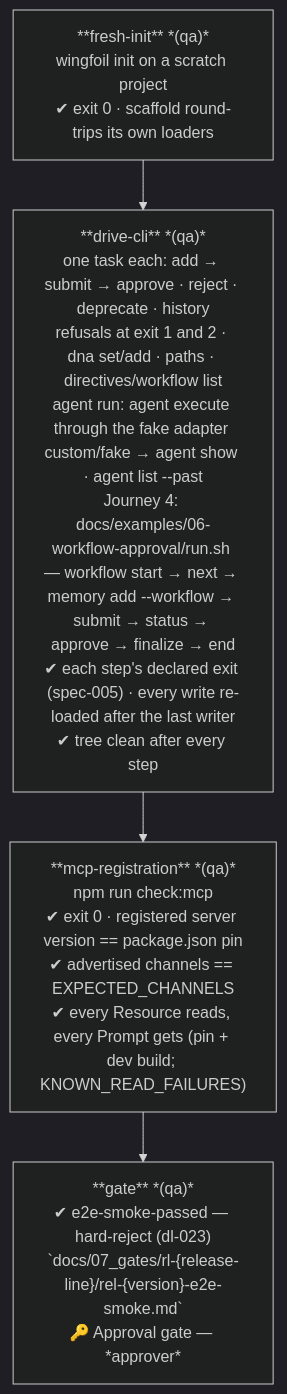
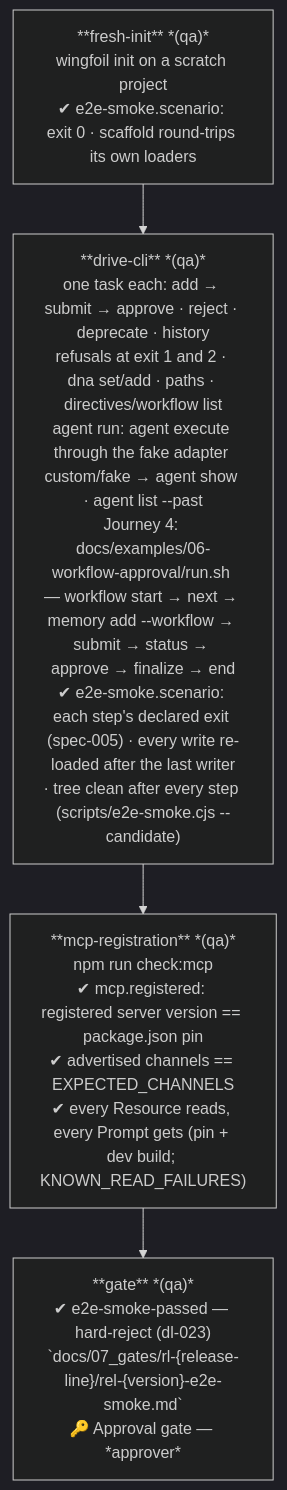
One commit to wingfoil/wingfoil changed diagram 14 of 29 in .wingfoil/WORKFLOW.md. Above: the diagram before and after it, drawn with Mermaid (dark theme). The commit also changed other lines of this file and 8 other files, not shown here.

First line of the commit message:
fix(workflow): task-358 — bind every workflow token of this repository (bug-469, bug-320, bug-435)

````diff
--- a/.wingfoil/WORKFLOW.md
+++ b/.wingfoil/WORKFLOW.md
@@ -413,9 +414,9 @@
 ```mermaid
 flowchart TD
-    FI["**fresh-init** *(qa)*\nwingfoil init on a scratch project\n✔ exit 0 · scaffold round-trips its own loaders"]
-    DC["**drive-cli** *(qa)*\none task each: add → submit → approve · reject · deprecate · history\nrefusals at exit 1 and 2 · dna set/add · paths · directives/workflow list\nagent run: agent execute through the fake adapter custom/fake → agent show · agent list --past\nJourney 4: docs/examples/06-workflow-approval/run.sh — workflow start → next → memory add --workflow → submit → status → approve → finalize → end\n✔ each step's declared exit (spec-005) · every write re-loaded after the last writer\n✔ tree clean after every step"]
-    MR["**mcp-registration** *(qa)*\nnpm run check:mcp\n✔ exit 0 · registered server version == package.json pin\n✔ advertised channels == EXPECTED_CHANNELS\n✔ every Resource reads, every Prompt gets (pin + dev build; KNOWN_READ_FAILURES)"]
+    FI["**fresh-init** *(qa)*\nwingfoil init on a scratch project\n✔ e2e-smoke.scenario: exit 0 · scaffold round-trips its own loaders"]
+    DC["**drive-cli** *(qa)*\none task each: add → submit → approve · reject · deprecate · history\nrefusals at exit 1 and 2 · dna set/add · paths · directives/workflow list\nagent run: agent execute through the fake adapter custom/fake → agent show · agent list --past\nJourney 4: docs/examples/06-workflow-approval/run.sh — workflow start → next → memory add --workflow → submit → status → approve → finalize → end\n✔ e2e-smoke.scenario: each step's declared exit (spec-005) · every write re-loaded after the last writer\n· tree clean after every step (scripts/e2e-smoke.cjs --candidate)"]
+    MR["**mcp-registration** *(qa)*\nnpm run check:mcp\n✔ mcp.registered: registered server version == package.json pin\n✔ advertised channels == EXPECTED_CHANNELS\n✔ every Resource reads, every Prompt gets (pin + dev build; KNOWN_READ_FAILURES)"]
     GA["**gate** *(qa)*\n✔ e2e-smoke-passed — hard-reject (dl-023)\n`docs/07_gates/rl-{release-line}/rel-{version}-e2e-smoke.md`\n🔑 Approval gate — *approver*"]
 
     FI --> DC --> MR --> GA
 ```
````
